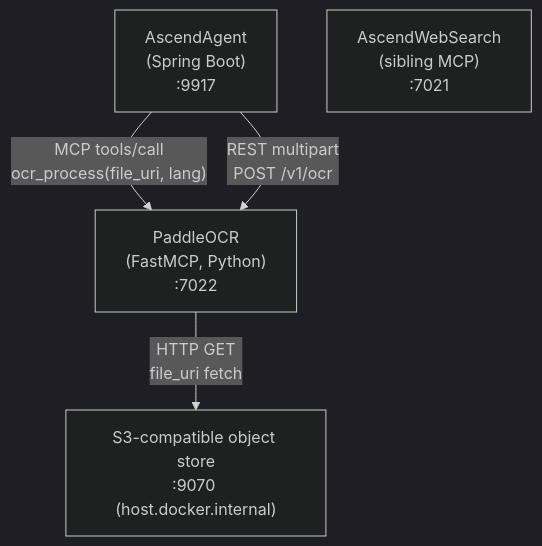
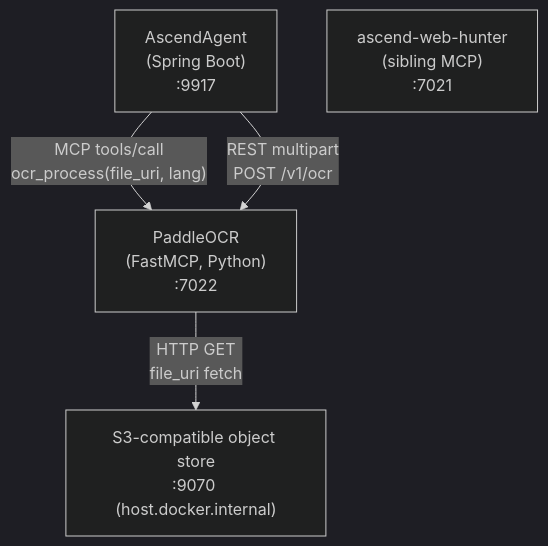
One commit to Lukk17/AscendAI changed the diagram in PaddleOCR/docs/architecture/arc42/03-context-and-scope.md. Above: the diagram before and after it, drawn with Mermaid (dark theme). The commit also changed other lines of this file and 422 other files, not shown here.

````diff
--- a/PaddleOCR/docs/architecture/arc42/03-context-and-scope.md
+++ b/PaddleOCR/docs/architecture/arc42/03-context-and-scope.md
@@ -7,11 +7,11 @@
 ```mermaid
 graph TB
     Agent["AscendAgent<br/>(Spring Boot)<br/>:9917"]
     PaddleOCR["PaddleOCR<br/>(FastMCP, Python)<br/>:7022"]
     ObjectStore["S3-compatible object store<br/>:9070 (host.docker.internal)"]
-    WebSearch["AscendWebSearch<br/>(sibling MCP)<br/>:7021"]
+    WebHunter["ascend-web-hunter<br/>(sibling MCP)<br/>:7021"]
 
     Agent -->|"MCP tools/call<br/>ocr_process(file_uri, lang)"| PaddleOCR
     Agent -->|"REST multipart<br/>POST /v1/ocr"| PaddleOCR
     PaddleOCR -->|"HTTP GET<br/>file_uri fetch"| ObjectStore
 ```
````
